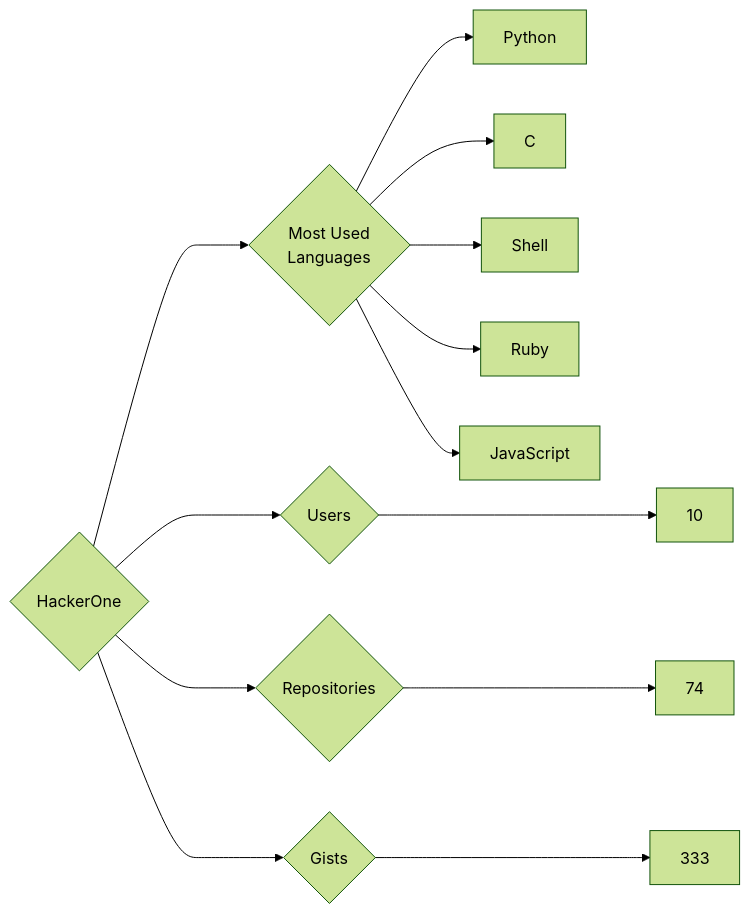
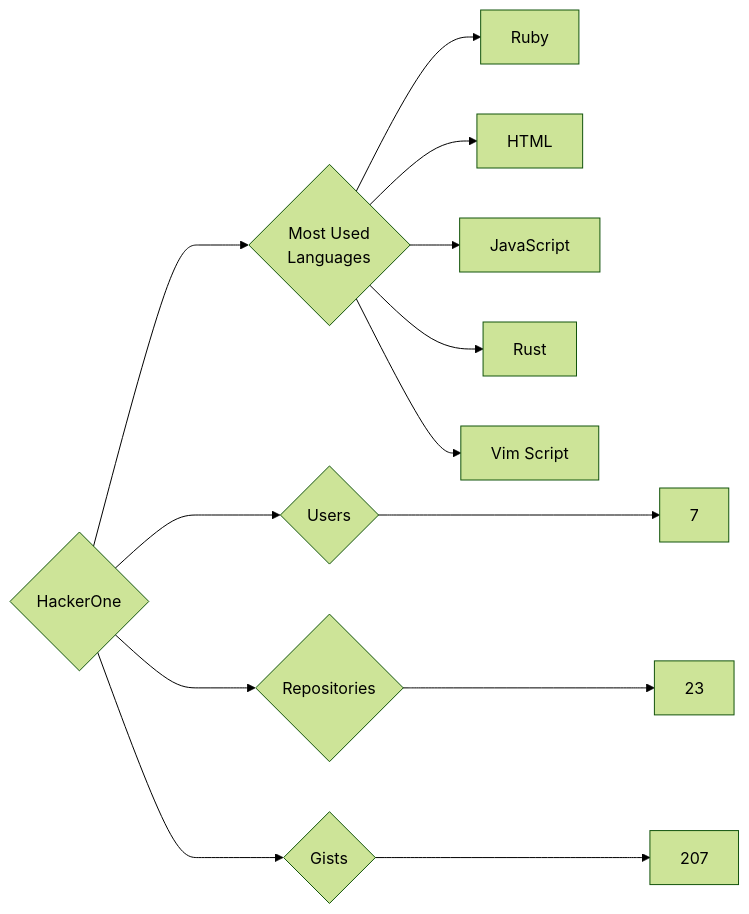
The diagram in targets/HackerOne/README.md (trickest/insiders), drawn with Mermaid (forest theme) before and after one commit. The commit also changed 873 other files, not shown here.

````diff
--- a/targets/HackerOne/README.md
+++ b/targets/HackerOne/README.md
@@ -3,13 +3,13 @@
 ```mermaid
 graph LR
 COMPANY_NAME{HackerOne}
-COMPANY_NAME ---> U{Users} ---> UN[10]
-COMPANY_NAME ---> R{Repositories} ---> RN[74]
-COMPANY_NAME ---> G{Gists} ---> GN[333]
+COMPANY_NAME ---> U{Users} ---> UN[7]
+COMPANY_NAME ---> R{Repositories} ---> RN[23]
+COMPANY_NAME ---> G{Gists} ---> GN[207]
 COMPANY_NAME ---> ML{Most Used<br>Languages}
-ML --> Python[Python]
-ML --> C[C]
-ML --> Shell[Shell]
 ML --> Ruby[Ruby]
+ML --> HTML[HTML]
 ML --> JavaScript[JavaScript]
+ML --> Rust[Rust]
+ML --> Vim_Script[Vim Script]
 ```
````
